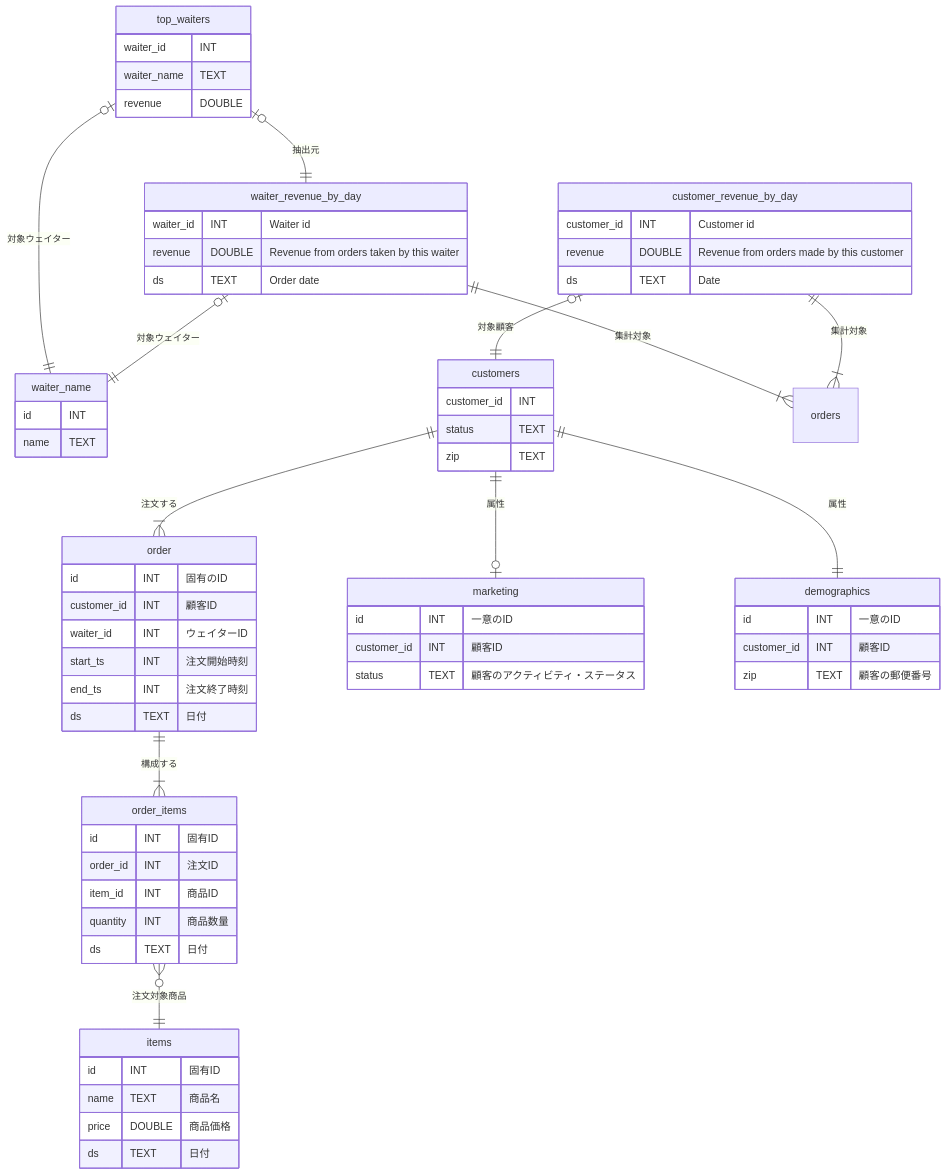
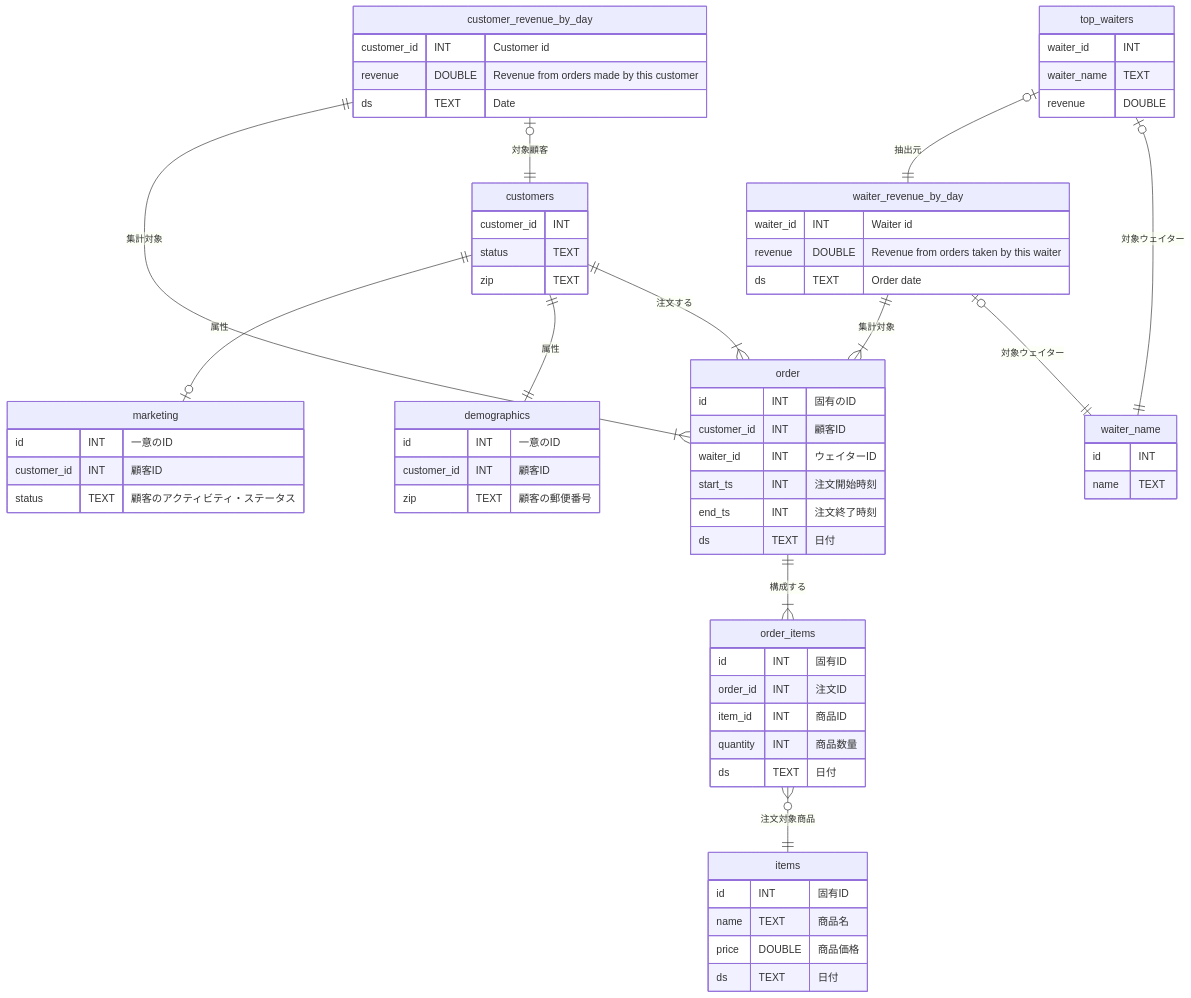
One commit to take0a/zenn-docs changed the second of 2 diagrams in articles/8752f660373534.md. Above: the diagram before and after it, drawn with Mermaid.

Commit message:
さいご

````diff
--- a/articles/8752f660373534.md
+++ b/articles/8752f660373534.md
@@ -251,69 +251,69 @@
 ```mermaid
 erDiagram
     order ||--|{ order_items : "構成する"
     order_items }o--|| items : "注文対象商品"
     marketing {
         id INT "一意のID"
         customer_id INT "顧客ID"
         status TEXT "顧客のアクティビティ・ステータス"
     }
     demographics {
         id INT "一意のID"
         customer_id INT "顧客ID"
         zip TEXT "顧客の郵便番号"
     }
     order {
         id INT "固有のID"
         customer_id INT "顧客ID"
         waiter_id INT "ウェイターID"
         start_ts INT "注文開始時刻"
         end_ts INT "注文終了時刻"
         ds TEXT "日付"
     }
     order_items {
         id INT "固有ID"
         order_id INT "注文ID"
         item_id INT "商品ID"
         quantity INT "商品数量"
         ds TEXT "日付"
     }
     items {
         id INT "固有ID"
         name TEXT "商品名"
         price DOUBLE "商品価格"
         ds TEXT "日付"
     }
     waiter_name {
         id INT
         name TEXT
     }
     customers ||--|{ order : "注文する"
     customers ||--|| demographics : "属性"
     customers ||--o| marketing : "属性"
     customers {
         customer_id INT
         status TEXT
         zip TEXT
     }
     customer_revenue_by_day |o--|| customers : "対象顧客"
-    customer_revenue_by_day ||--|{ orders : "集計対象"
+    customer_revenue_by_day ||--|{ order : "集計対象"
     customer_revenue_by_day {
         customer_id INT "Customer id"
         revenue DOUBLE "Revenue from orders made by this customer"
         ds TEXT "Date"
     }
     waiter_revenue_by_day |o--|| waiter_name : "対象ウェイター"
-    waiter_revenue_by_day ||--|{ orders : "集計対象"
+    waiter_revenue_by_day ||--|{ order : "集計対象"
     waiter_revenue_by_day {
         waiter_id INT "Waiter id"
         revenue DOUBLE "Revenue from orders taken by this waiter"
         ds TEXT "Order date"
     }
     top_waiters |o--|| waiter_name : "対象ウェイター"
     top_waiters |o--|| waiter_revenue_by_day : "抽出元"
     top_waiters {
         waiter_id INT
         waiter_name TEXT
         revenue DOUBLE
     }
 ```
````
